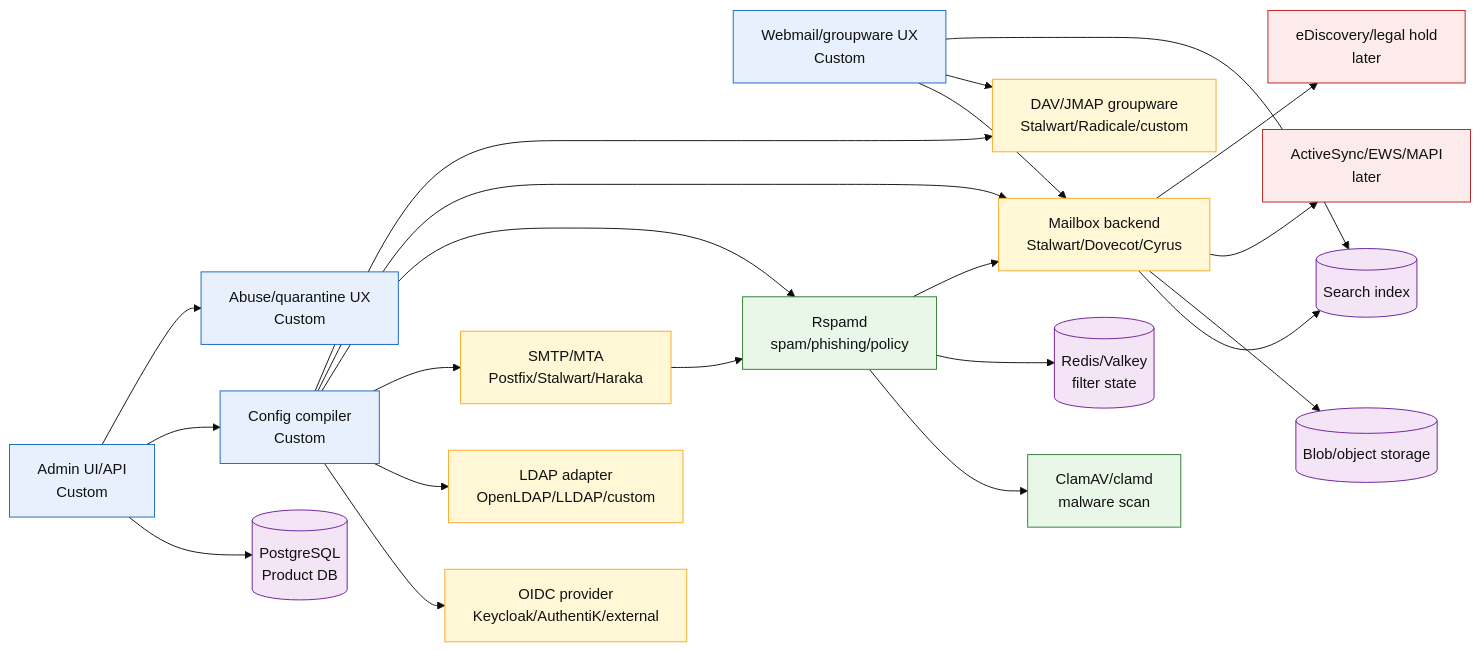
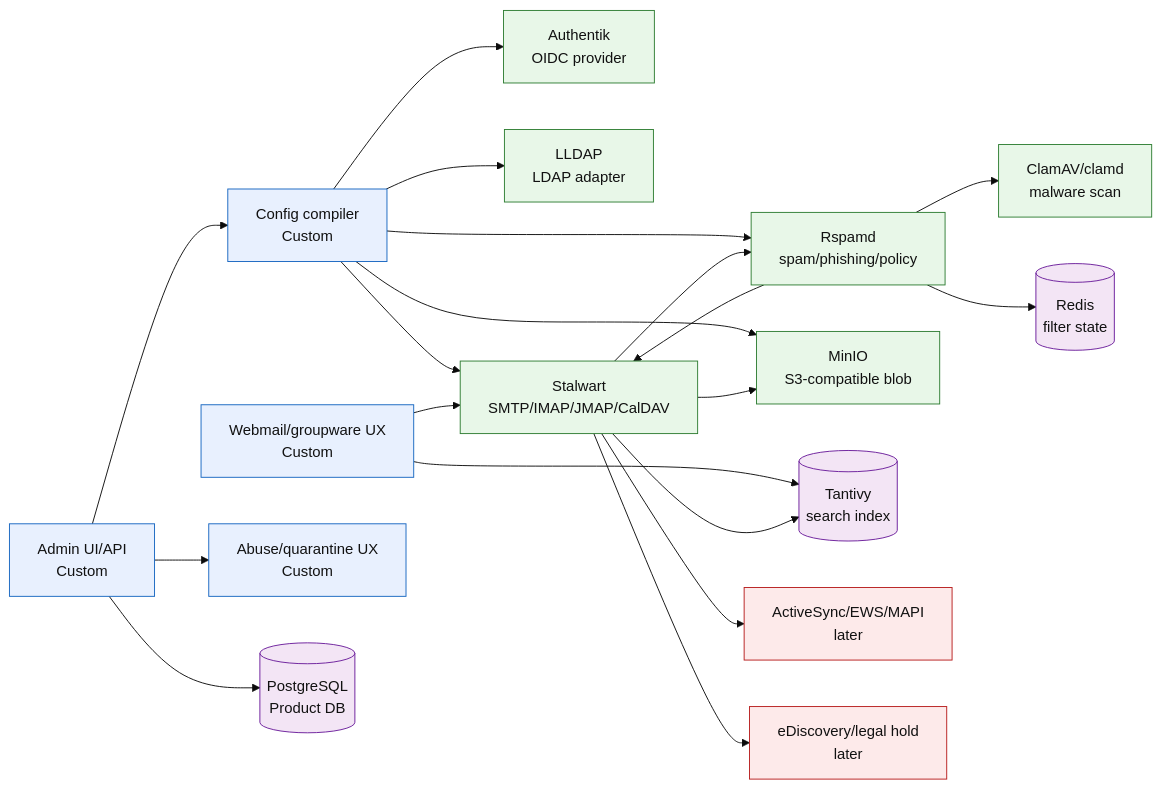
Before and after one commit to microscaler/opengroupware: the first of 3 diagrams in docs/01-component-catalog.md, drawn with Mermaid (base theme). The commit also changed other lines of this file and 39 other files, not shown here.

````diff
--- a/docs/01-component-catalog.md
+++ b/docs/01-component-catalog.md
@@ -49,52 +46,47 @@
 ```mermaid
 flowchart LR
   classDef custom fill:#e8f0fe,stroke:#1565c0,color:#111
   classDef foss fill:#e8f7e8,stroke:#2e7d32,color:#111
-  classDef replaceable fill:#fff7d6,stroke:#f9a825,color:#111
   classDef data fill:#f3e5f5,stroke:#6a1b9a,color:#111
   classDef optional fill:#fdeaea,stroke:#b71c1c,color:#111
 
   Admin[Admin UI/API<br/>Custom]:::custom
   Web[Webmail/groupware UX<br/>Custom]:::custom
   Provisioner[Config compiler<br/>Custom]:::custom
   AbuseUI[Abuse/quarantine UX<br/>Custom]:::custom
   ProductDB[(PostgreSQL<br/>Product DB)]:::data
 
-  OIDC[OIDC provider<br/>Keycloak/AuthentiK/external]:::replaceable
-  LDAP[LDAP adapter<br/>OpenLDAP/LLDAP/custom]:::replaceable
+  OIDC[Authentik<br/>OIDC provider]:::foss
+  LDAP[LLDAP<br/>LDAP adapter]:::foss
 
-  MTA[SMTP/MTA<br/>Postfix/Stalwart/Haraka]:::replaceable
+  Stalwart[Stalwart<br/>SMTP/IMAP/JMAP/CalDAV]:::foss
   Rspamd[Rspamd<br/>spam/phishing/policy]:::foss
   ClamAV[ClamAV/clamd<br/>malware scan]:::foss
-  Redis[(Redis/Valkey<br/>filter state)]:::data
-  Mailbox[Mailbox backend<br/>Stalwart/Dovecot/Cyrus]:::replaceable
-  DAV[DAV/JMAP groupware<br/>Stalwart/Radicale/custom]:::replaceable
-  Search[(Search index)]:::data
-  Blob[(Blob/object storage)]:::data
+  Redis[(Redis<br/>filter state)]:::data
+  MinIO[MinIO<br/>S3-compatible blob]:::foss
+  Search[(Tantivy<br/>search index)]:::data
 
   ActiveSync[ActiveSync/EWS/MAPI<br/>later]:::optional
   Archive[eDiscovery/legal hold<br/>later]:::optional
 
   Admin --> ProductDB
   Admin --> Provisioner
   Admin --> AbuseUI
   Provisioner --> OIDC
   Provisioner --> LDAP
-  Provisioner --> MTA
+  Provisioner --> Stalwart
   Provisioner --> Rspamd
-  Provisioner --> Mailbox
-  Provisioner --> DAV
+  Provisioner --> MinIO
 
-  Web --> Mailbox
-  Web --> DAV
+  Web --> Stalwart
   Web --> Search
 
-  MTA --> Rspamd
+  Stalwart --> Rspamd
   Rspamd --> ClamAV
   Rspamd --> Redis
-  Rspamd --> Mailbox
-  Mailbox --> Search
-  Mailbox --> Blob
-  Mailbox --> ActiveSync
-  Mailbox --> Archive
+  Rspamd --> Stalwart
+  Stalwart --> Search
+  Stalwart --> MinIO
+  Stalwart --> ActiveSync
+  Stalwart --> Archive
 ```
````
